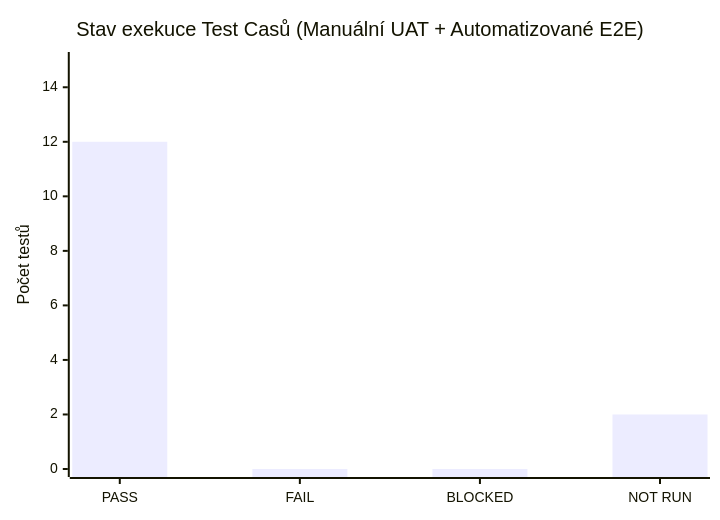
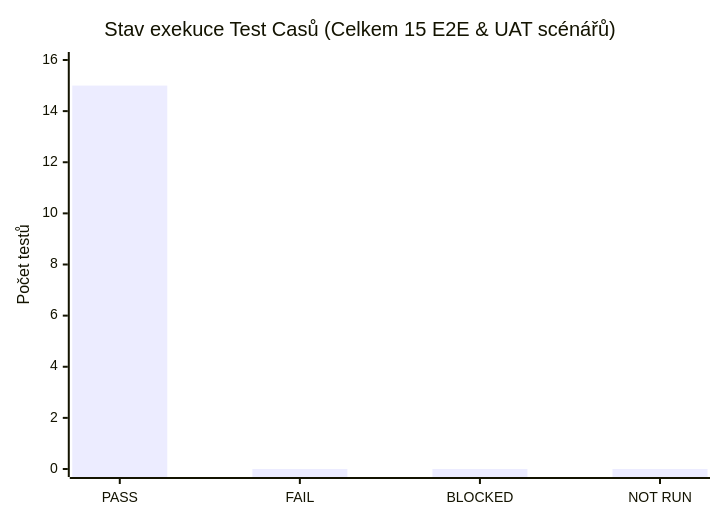
One commit to tomas-kansky/populon-automated-testing changed the first of 2 diagrams in docs/05-test-report.md. Above: the diagram before and after it, drawn with Mermaid. The commit also changed other lines of this file and 11 other files, not shown here.

````diff
--- a/docs/05-test-report.md
+++ b/docs/05-test-report.md
@@ -67,7 +68,7 @@
 ```mermaid
 xychart-beta
-    title "Stav exekuce Test Casů (Manuální UAT + Automatizované E2E)"
+    title "Stav exekuce Test Casů (Celkem 15 E2E & UAT scénářů)"
     x-axis ["PASS", "FAIL", "BLOCKED", "NOT RUN"]
-    y-axis "Počet testů" 0 --> 15
-    bar [12, 0, 0, 2]
+    y-axis "Počet testů" 0 --> 16
+    bar [15, 0, 0, 0]
 ```
````
